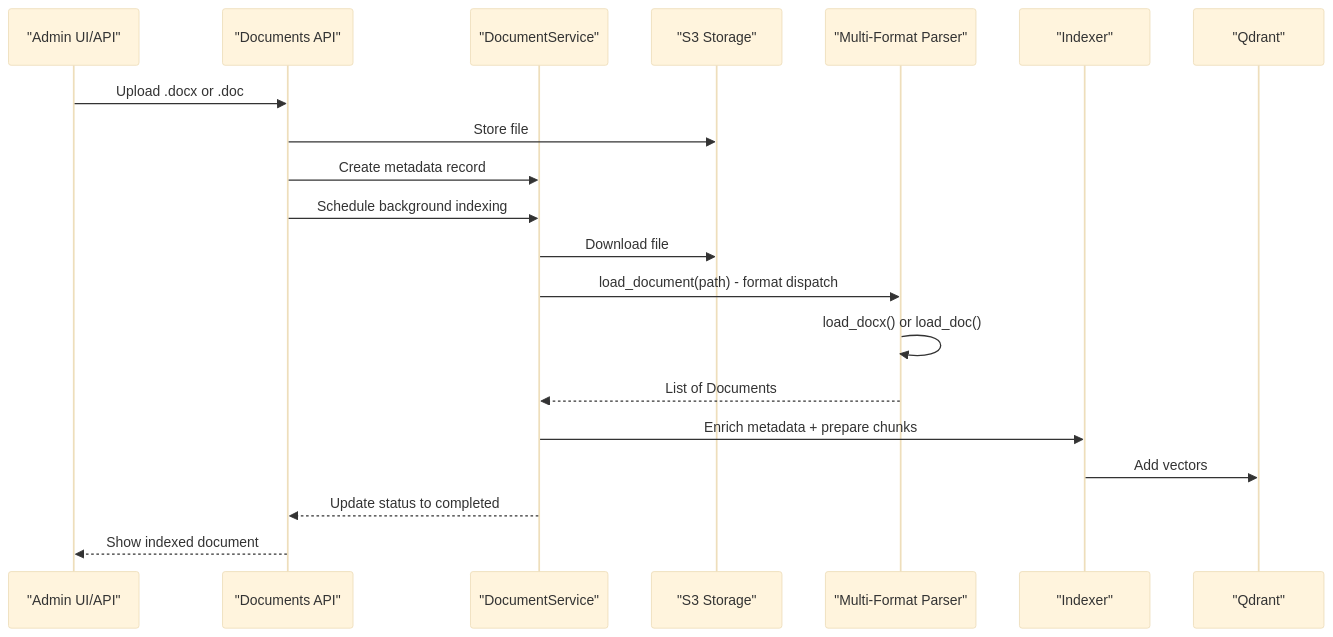
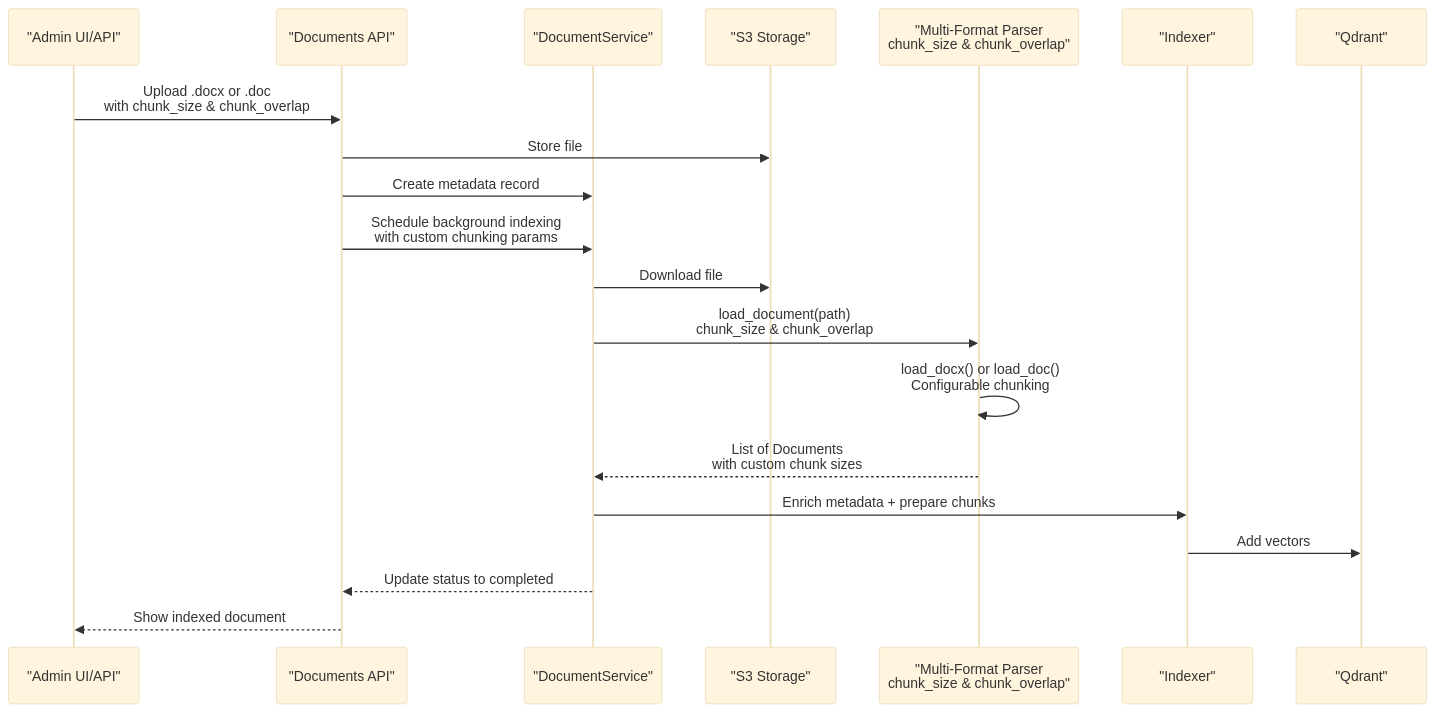
One commit to ognelis/cafetera_hr_bot changed the second of 13 diagrams in .qoder/repowiki/en/content/RAG Integration/RAG Parser Enhancement.md. Above: the diagram before and after it, drawn with Mermaid (base theme). The commit also changed other lines of this file and 16 other files, not shown here.

````diff
--- a/.qoder/repowiki/en/content/RAG Integration/RAG Parser Enhancement.md
+++ b/.qoder/repowiki/en/content/RAG Integration/RAG Parser Enhancement.md
@@ -163,22 +167,22 @@
 ```mermaid
 sequenceDiagram
 participant Admin as "Admin UI/API"
 participant API as "Documents API"
 participant Service as "DocumentService"
 participant S3 as "S3 Storage"
-participant Parser as "Multi-Format Parser"
+participant Parser as "Multi-Format Parser<br/>chunk_size & chunk_overlap"
 participant Indexer as "Indexer"
 participant Qdrant as "Qdrant"
-Admin->>API : Upload .docx or .doc
+Admin->>API : Upload .docx or .doc<br/>with chunk_size & chunk_overlap
 API->>S3 : Store file
 API->>Service : Create metadata record
-API->>Service : Schedule background indexing
+API->>Service : Schedule background indexing<br/>with custom chunking params
 Service->>S3 : Download file
-Service->>Parser : load_document(path) - format dispatch
-Parser->>Parser : load_docx() or load_doc()
-Parser-->>Service : List of Documents
+Service->>Parser : load_document(path)<br/>chunk_size & chunk_overlap
+Parser->>Parser : load_docx() or load_doc()<br/>Configurable chunking
+Parser-->>Service : List of Documents<br/>with custom chunk sizes
 Service->>Indexer : Enrich metadata + prepare chunks
 Indexer->>Qdrant : Add vectors
 Service-->>API : Update status to completed
 API-->>Admin : Show indexed document
 ```
````
